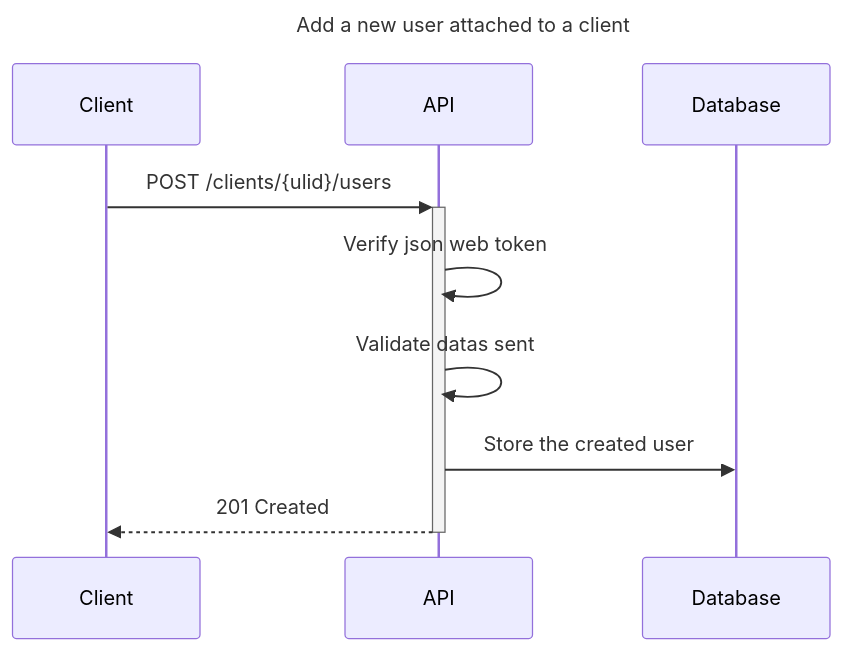
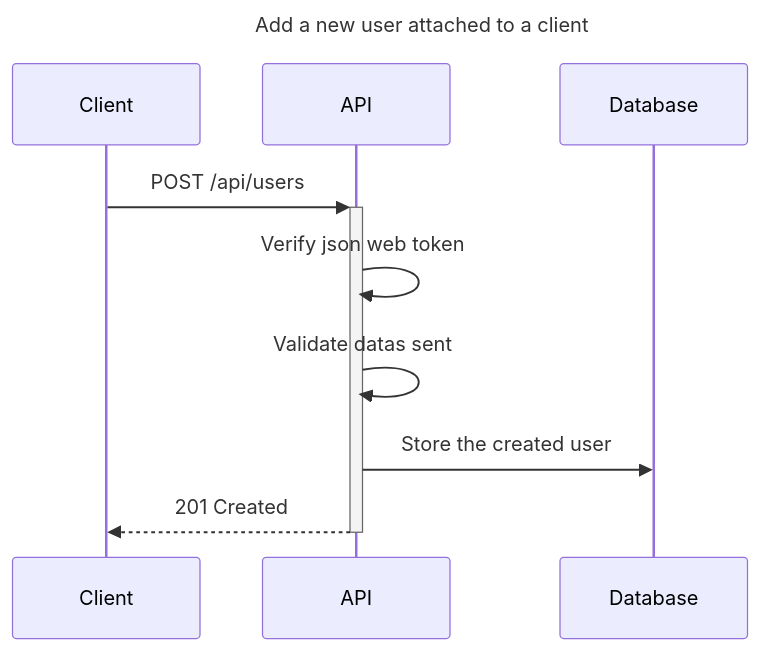
One commit to acecconato/AnthonyCecconato_7_12052023 changed the diagram in docs/sequence/add_user.md. Above: the diagram before and after it, drawn with Mermaid. The commit also changed 3 other files, not shown here.

````diff
--- a/docs/sequence/add_user.md
+++ b/docs/sequence/add_user.md
@@ -1,13 +1,13 @@
 ```mermaid
 sequenceDiagram
 title Add a new user attached to a client
 
-Client->>+API: POST /clients/{ulid}/users
+Client->>+API: POST /api/users
 
 API->>API: Verify json web token
 API->>API: Validate datas sent
 
 API->>Database: Store the created user
 
 API-->>-Client: 201 Created
 ```
````
